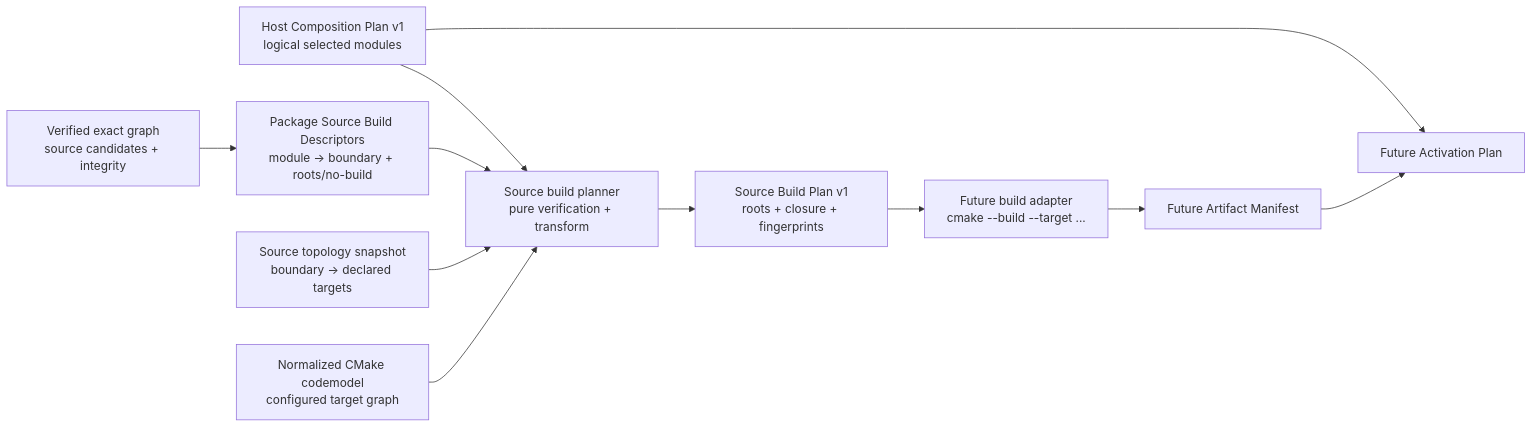
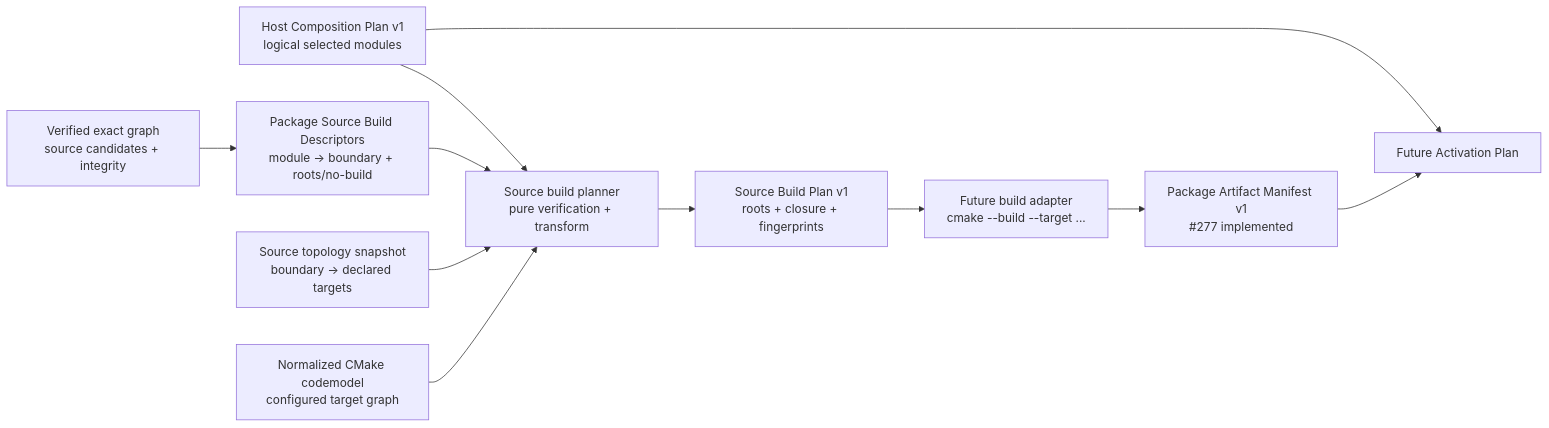
Before and after one commit to 66six11/Engine: the diagram in docs/architecture/adr-source-build-plan-v1.md, drawn with Mermaid. The commit also changed other lines of this file and 19 other files, not shown here.

Commit message:
feat: add verified package artifact evidence

````diff
--- a/docs/architecture/adr-source-build-plan-v1.md
+++ b/docs/architecture/adr-source-build-plan-v1.md
@@ -53,24 +54,24 @@
 ```mermaid
 flowchart LR
     Verified["Verified exact graph\nsource candidates + integrity"]
     Composition["Host Composition Plan v1\nlogical selected modules"]
     Descriptor["Package Source Build Descriptors\nmodule -> boundary + roots/no-build"]
     Topology["Source topology snapshot\nboundary -> declared targets"]
     CMake["Normalized CMake codemodel\nconfigured target graph"]
     Planner["Source build planner\npure verification + transform"]
     Plan["Source Build Plan v1\nroots + closure + fingerprints"]
     Adapter["Future build adapter\ncmake --build --target ..."]
-    Artifacts["Future Artifact Manifest"]
+    Artifacts["Package Artifact Manifest v1\n#277 implemented"]
     Activation["Future Activation Plan"]
 
     Verified --> Descriptor
     Composition --> Planner
     Descriptor --> Planner
     Topology --> Planner
     CMake --> Planner
     Planner --> Plan
     Plan --> Adapter
     Adapter --> Artifacts
     Composition --> Activation
     Artifacts --> Activation
 ```
````
